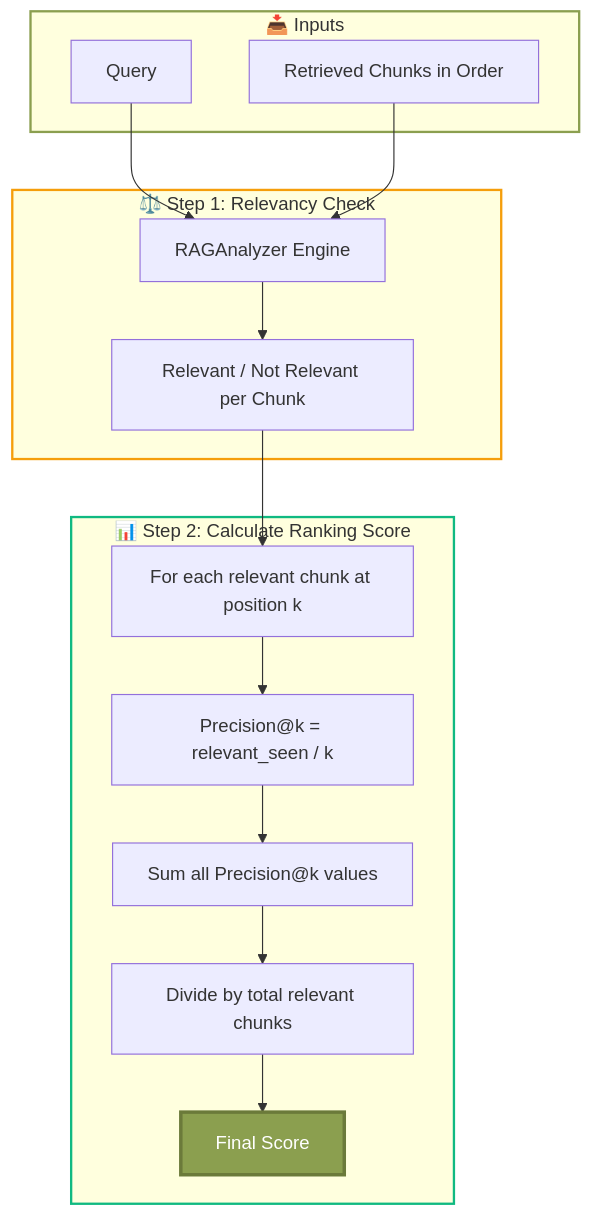
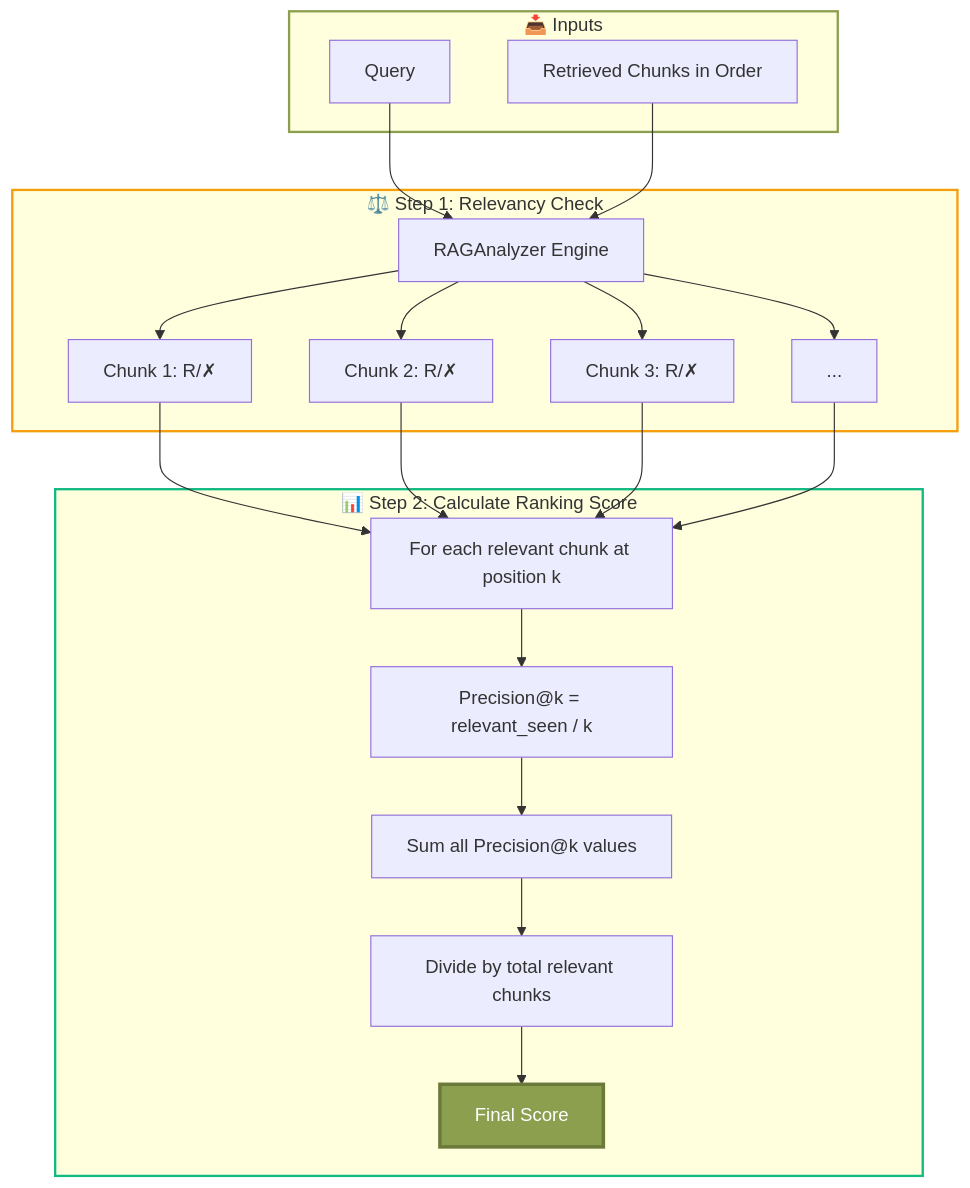
Before and after one commit to ax-foundry/axion: the diagram in docs/metric-registry/composite/contextual_ranking.md, drawn with Mermaid. The commit also changed 21 other files, not shown here.

````diff
--- a/docs/metric-registry/composite/contextual_ranking.md
+++ b/docs/metric-registry/composite/contextual_ranking.md
@@ -89,33 +89,36 @@
     ```mermaid
     flowchart TD
         subgraph INPUT["📥 Inputs"]
             A[Query]
             B[Retrieved Chunks in Order]
         end
 
         subgraph EVALUATE["⚖️ Step 1: Relevancy Check"]
             C[RAGAnalyzer Engine]
-            D["Relevant / Not Relevant per Chunk"]
+            D1["Chunk 1: R/✗"]
+            D2["Chunk 2: R/✗"]
+            D3["Chunk 3: R/✗"]
+            DN["..."]
         end
 
         subgraph RANK["📊 Step 2: Calculate Ranking Score"]
             E["For each relevant chunk at position k"]
             F["Precision@k = relevant_seen / k"]
             G["Sum all Precision@k values"]
             H["Divide by total relevant chunks"]
             I["Final Score"]
         end
 
         A & B --> C
-        C --> D
-        D --> E
+        C --> D1 & D2 & D3 & DN
+        D1 & D2 & D3 & DN --> E
         E --> F
         F --> G
         G --> H
         H --> I
 
         style INPUT stroke:#8B9F4F,stroke-width:2px
         style EVALUATE stroke:#f59e0b,stroke-width:2px
         style RANK stroke:#10b981,stroke-width:2px
         style I fill:#8B9F4F,stroke:#6B7A3A,stroke-width:3px,color:#fff
     ```
````
